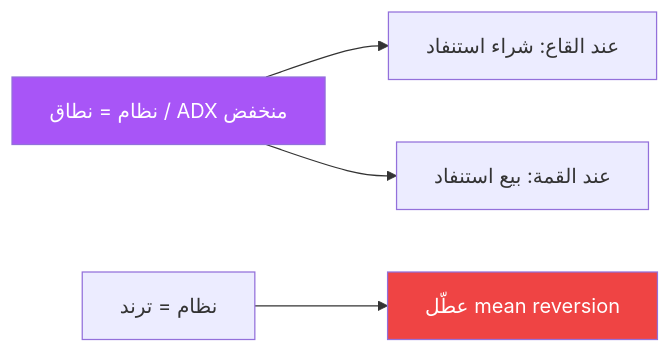
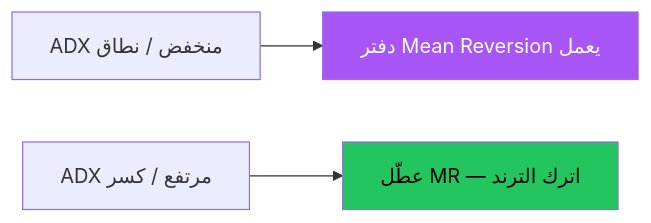
One commit to saudmoto6868-oss/ai-trading-dashboard changed the diagram in docs/academy/visual/09-meanrev.md. Above: the diagram before and after it, drawn with Mermaid. The commit also changed other lines of this file and 11 other files, not shown here.

````diff
--- a/docs/academy/visual/09-meanrev.md
+++ b/docs/academy/visual/09-meanrev.md
@@ -11,8 +11,7 @@
 ```mermaid
 flowchart LR
-  R["نظام = نطاق / ADX منخفض"] --> L["عند القاع: شراء استنفاد"]
-  R --> H["عند القمة: بيع استنفاد"]
-  T["نظام = ترند"] --> X["عطّل mean reversion"]
-  style R fill:#a855f7,color:#fff
-  style X fill:#ef4444,color:#fff
+  ADXlow["ADX منخفض / نطاق"] --> MR["دفتر Mean Reversion يعمل"]
+  ADXhigh["ADX مرتفع / كسر"] --> TF["عطّل MR — اترك الترند"]
+  style MR fill:#a855f7,color:#fff
+  style TF fill:#22c55e,color:#000
 ```
````
